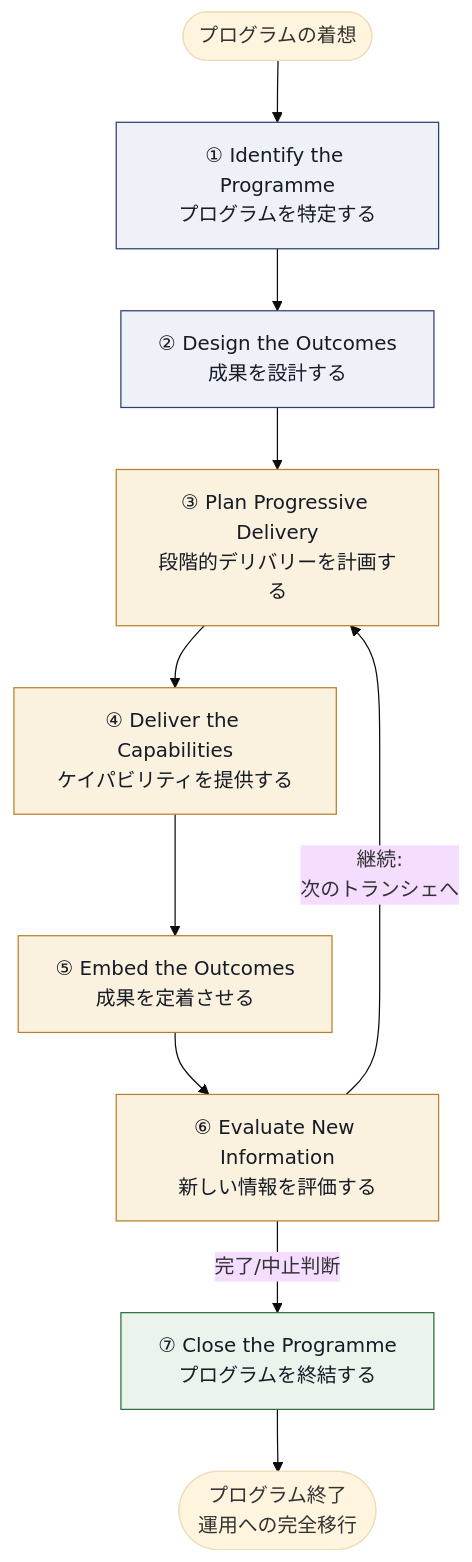
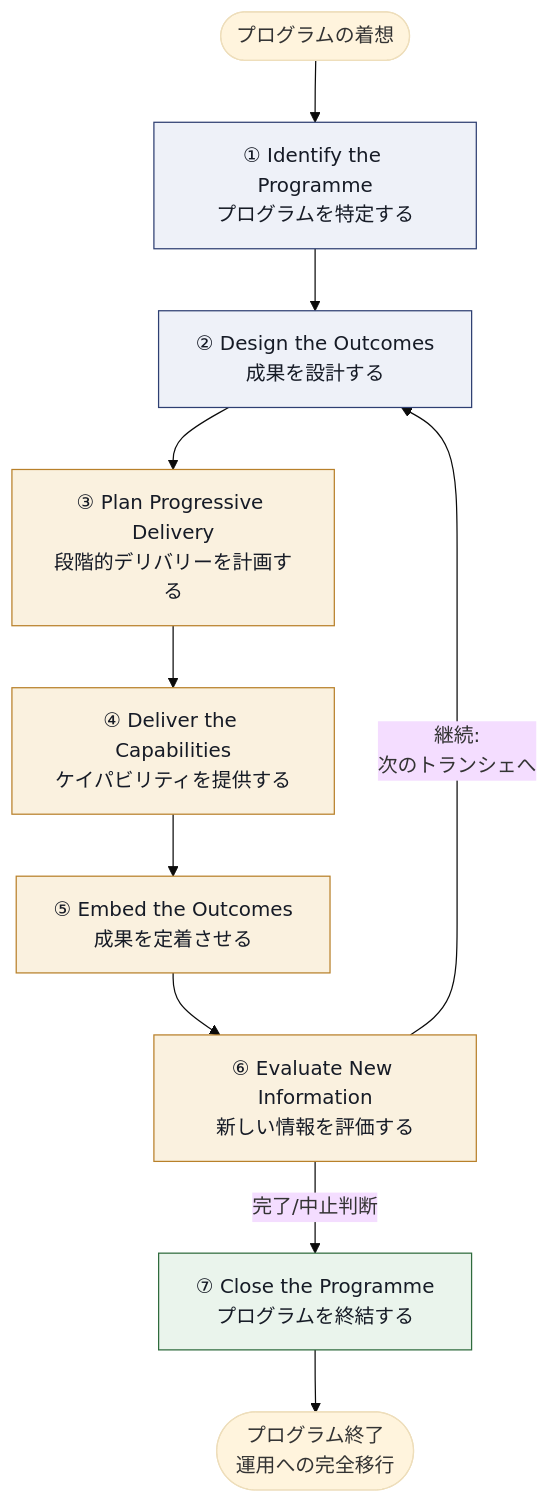
The fourth of 4 diagrams in Msp-practitioner-5th-edition-guide.md (myoshi2891/Management-Team-Building-Studies), drawn with Mermaid (base theme) before and after one commit. The commit also changed 1 other file, not shown here.

Commit message:
docs(msp): update rebranding schedule, themes diagram, and practitioner cycle transition

````diff
--- a/Msp-practitioner-5th-edition-guide.md
+++ b/Msp-practitioner-5th-edition-guide.md
@@ -382,19 +382,19 @@
 ```mermaid
 flowchart TB
     START(["プログラムの着想"]) --> P1["① Identify the Programme<br/>プログラムを特定する"]
     P1 --> P2["② Design the Outcomes<br/>成果を設計する"]
     P2 --> P3["③ Plan Progressive Delivery<br/>段階的デリバリーを計画する"]
     P3 --> P4["④ Deliver the Capabilities<br/>ケイパビリティを提供する"]
     P4 --> P5["⑤ Embed the Outcomes<br/>成果を定着させる"]
     P5 --> P6["⑥ Evaluate New Information<br/>新しい情報を評価する"]
-    P6 -->|"継続:<br/>次のトランシェへ"| P3
+    P6 -->|"継続:<br/>次のトランシェへ"| P2
     P6 -->|"完了/中止判断"| P7["⑦ Close the Programme<br/>プログラムを終結する"]
     P7 --> END(["プログラム終了<br/>運用への完全移行"])
 
     classDef box fill:#EEF1F8,stroke:#2E3F72,color:#161B26
     classDef hub fill:#FAF1DF,stroke:#B8802A,color:#161B26
     classDef done fill:#EAF4EC,stroke:#2F6B3D,color:#161B26
     class P1,P2 box
     class P3,P4,P5,P6 hub
     class P7 done
 ```
````
